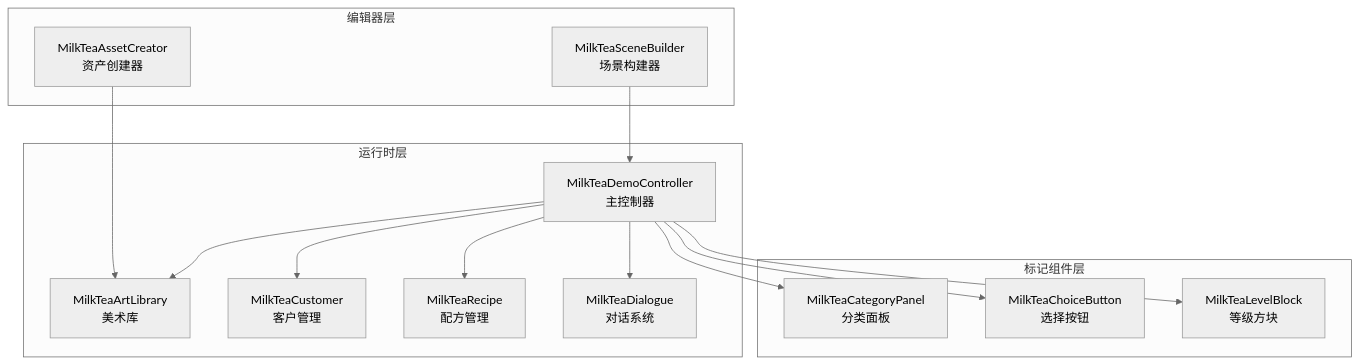
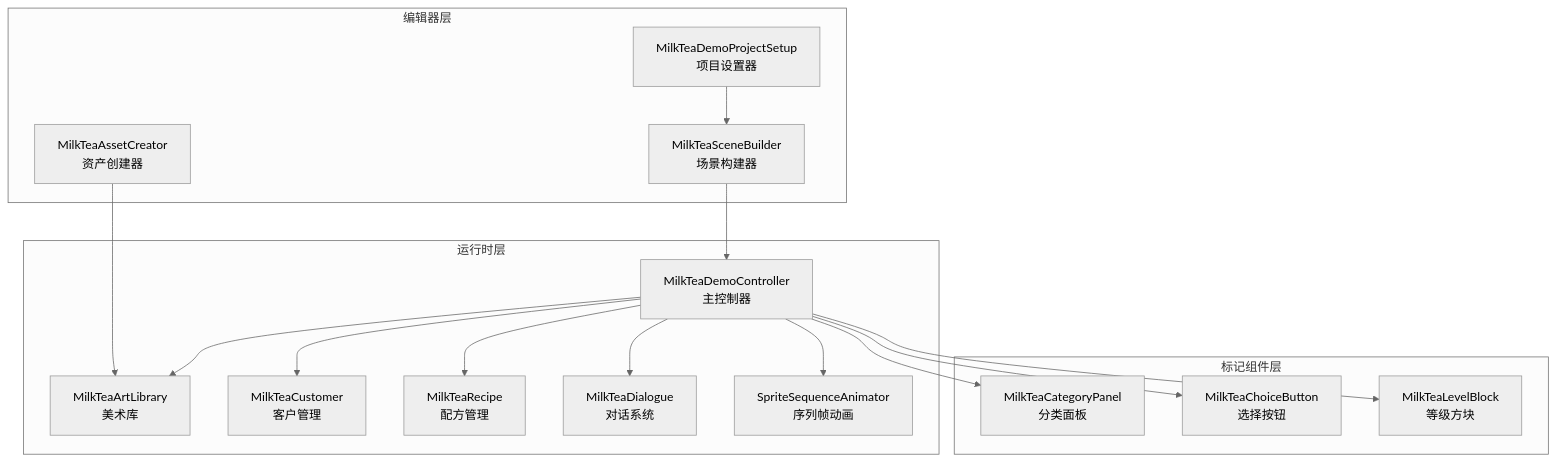
One commit to Thanatos42/-demo changed the first of 4 diagrams in .qoder/repowiki/zh/content/核心系统详解/核心系统详解.md. Above: the diagram before and after it, drawn with Mermaid (neutral theme). The commit also changed other lines of this file and 77 other files, not shown here.

````diff
--- a/.qoder/repowiki/zh/content/核心系统详解/核心系统详解.md
+++ b/.qoder/repowiki/zh/content/核心系统详解/核心系统详解.md
@@ -42,28 +45,32 @@
 ```mermaid
 graph TB
 subgraph "编辑器层"
 A["MilkTeaSceneBuilder<br/>场景构建器"]
 B["MilkTeaAssetCreator<br/>资产创建器"]
+C["MilkTeaDemoProjectSetup<br/>项目设置器"]
 end
 subgraph "运行时层"
-C["MilkTeaDemoController<br/>主控制器"]
-D["MilkTeaArtLibrary<br/>美术库"]
-E["MilkTeaCustomer<br/>客户管理"]
-F["MilkTeaRecipe<br/>配方管理"]
-G["MilkTeaDialogue<br/>对话系统"]
+D["MilkTeaDemoController<br/>主控制器"]
+E["MilkTeaArtLibrary<br/>美术库"]
+F["MilkTeaCustomer<br/>客户管理"]
+G["MilkTeaRecipe<br/>配方管理"]
+H["MilkTeaDialogue<br/>对话系统"]
+I["SpriteSequenceAnimator<br/>序列帧动画"]
 end
 subgraph "标记组件层"
-H["MilkTeaCategoryPanel<br/>分类面板"]
-I["MilkTeaChoiceButton<br/>选择按钮"]
-J["MilkTeaLevelBlock<br/>等级方块"]
+J["MilkTeaCategoryPanel<br/>分类面板"]
+K["MilkTeaChoiceButton<br/>选择按钮"]
+L["MilkTeaLevelBlock<br/>等级方块"]
 end
-A --> C
-B --> D
-C --> D
-C --> E
-C --> F
-C --> G
-C --> H
-C --> I
-C --> J
+A --> D
+B --> E
+C --> A
+D --> E
+D --> F
+D --> G
+D --> H
+D --> I
+D --> J
+D --> K
+D --> L
 ```
````
